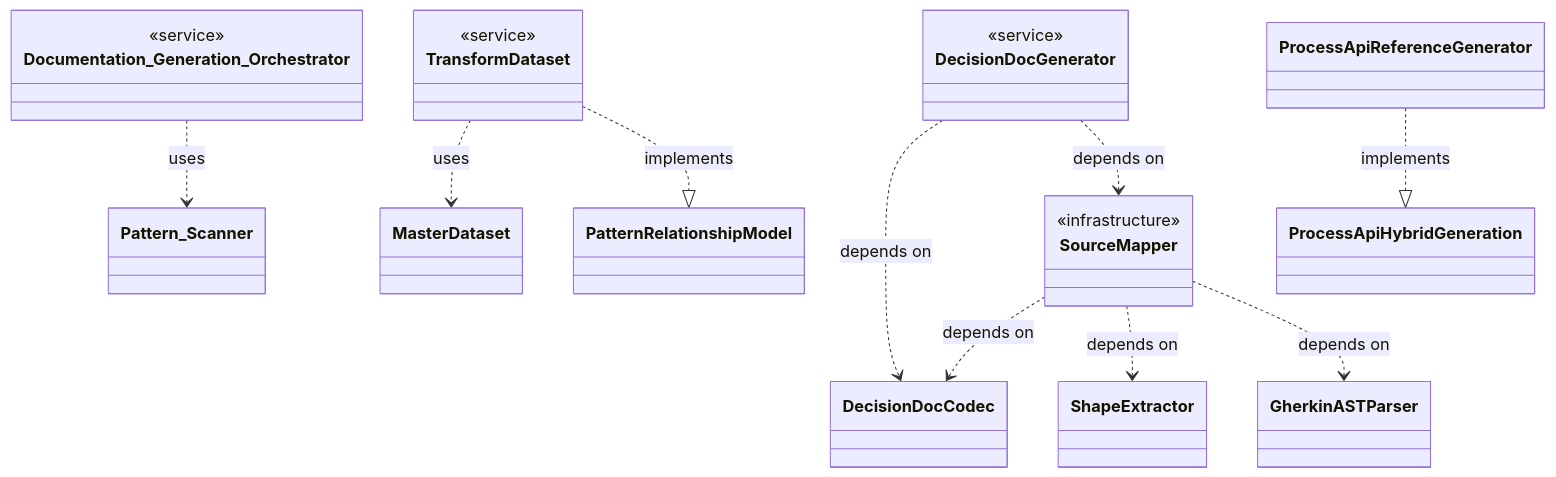
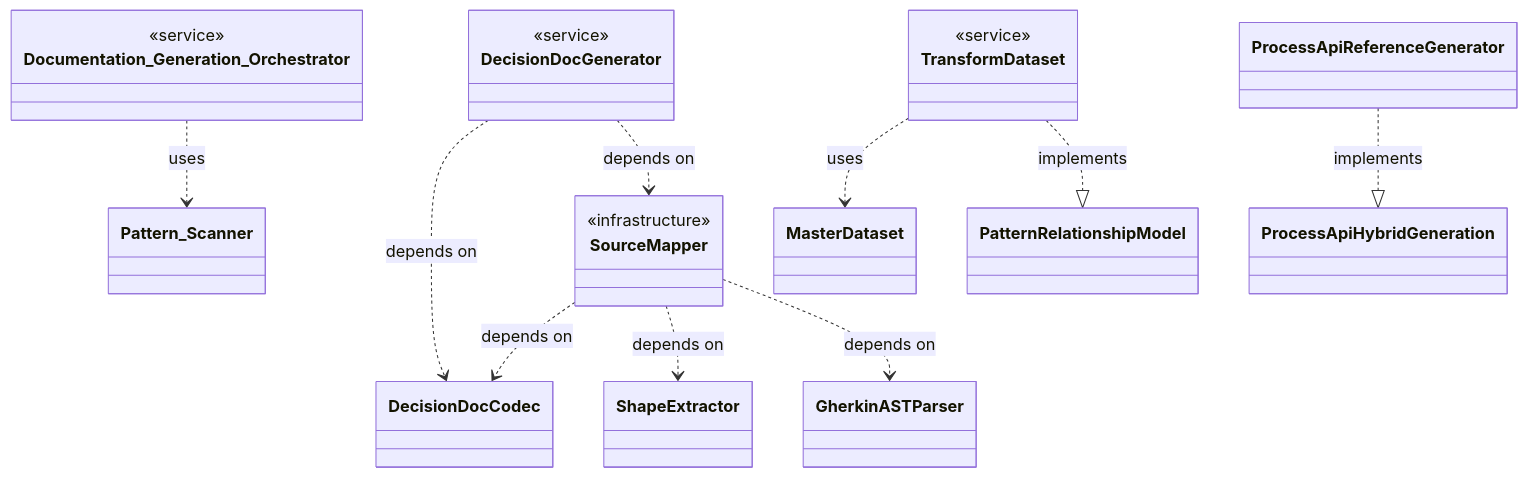
The third of 6 diagrams in docs-live/reference/REFERENCE-SAMPLE.md (libar-dev/architect), drawn with Mermaid before and after one commit. The commit also changed other lines of this file and 8 other files, not shown here.

````diff
--- a/docs-live/reference/REFERENCE-SAMPLE.md
+++ b/docs-live/reference/REFERENCE-SAMPLE.md
@@ -243,33 +243,33 @@
 ```mermaid
 classDiagram
     class SourceMapper {
         <<infrastructure>>
     }
     class Documentation_Generation_Orchestrator {
         <<service>>
     }
     class TransformDataset {
         <<service>>
     }
     class ProcessApiReferenceGenerator {
     }
     class DecisionDocGenerator {
         <<service>>
     }
-    class MasterDataset
     class Pattern_Scanner
     class GherkinASTParser
     class ShapeExtractor
+    class MasterDataset
     class DecisionDocCodec
     class ProcessApiHybridGeneration
     class PatternRelationshipModel
     SourceMapper ..> DecisionDocCodec : depends on
     SourceMapper ..> ShapeExtractor : depends on
     SourceMapper ..> GherkinASTParser : depends on
     Documentation_Generation_Orchestrator ..> Pattern_Scanner : uses
     TransformDataset ..> MasterDataset : uses
     TransformDataset ..|> PatternRelationshipModel : implements
     ProcessApiReferenceGenerator ..|> ProcessApiHybridGeneration : implements
     DecisionDocGenerator ..> DecisionDocCodec : depends on
     DecisionDocGenerator ..> SourceMapper : depends on
 ```
````
